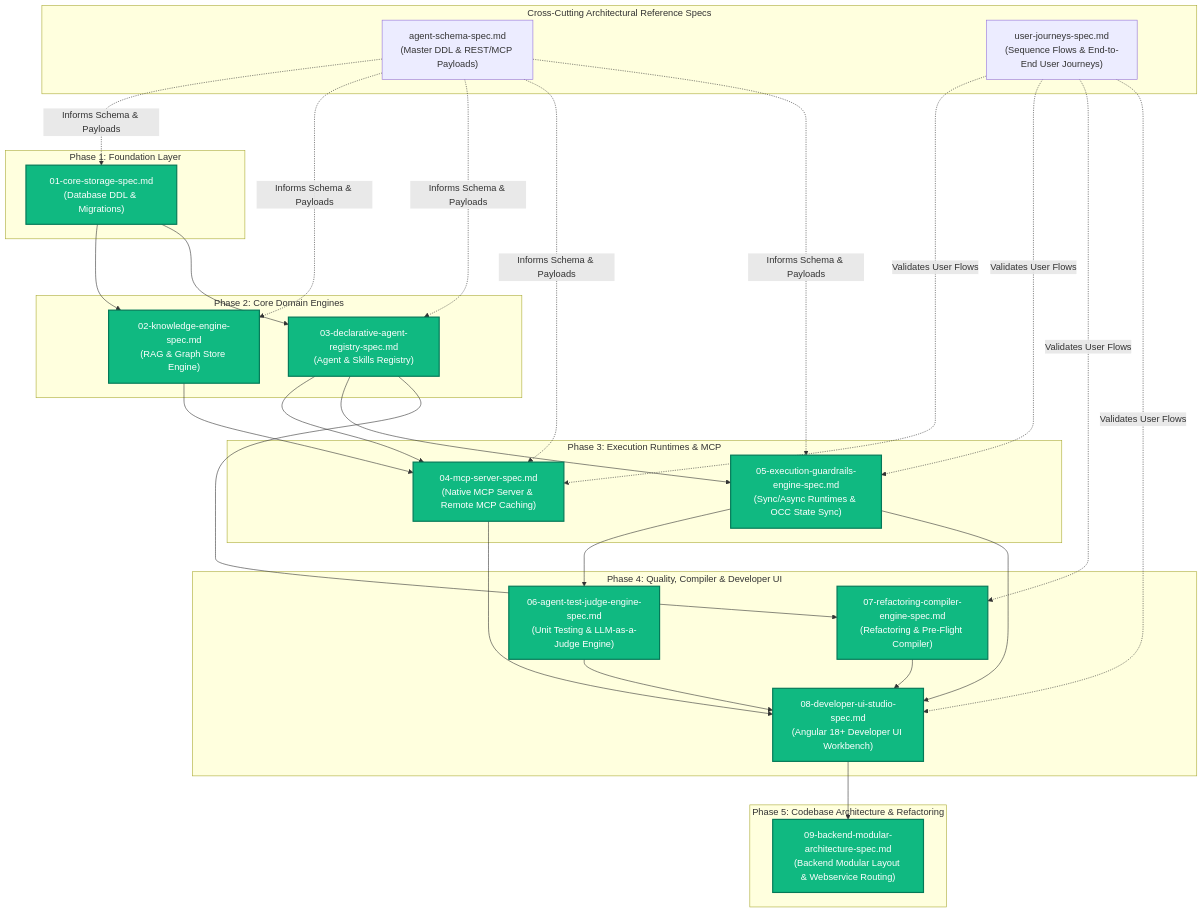
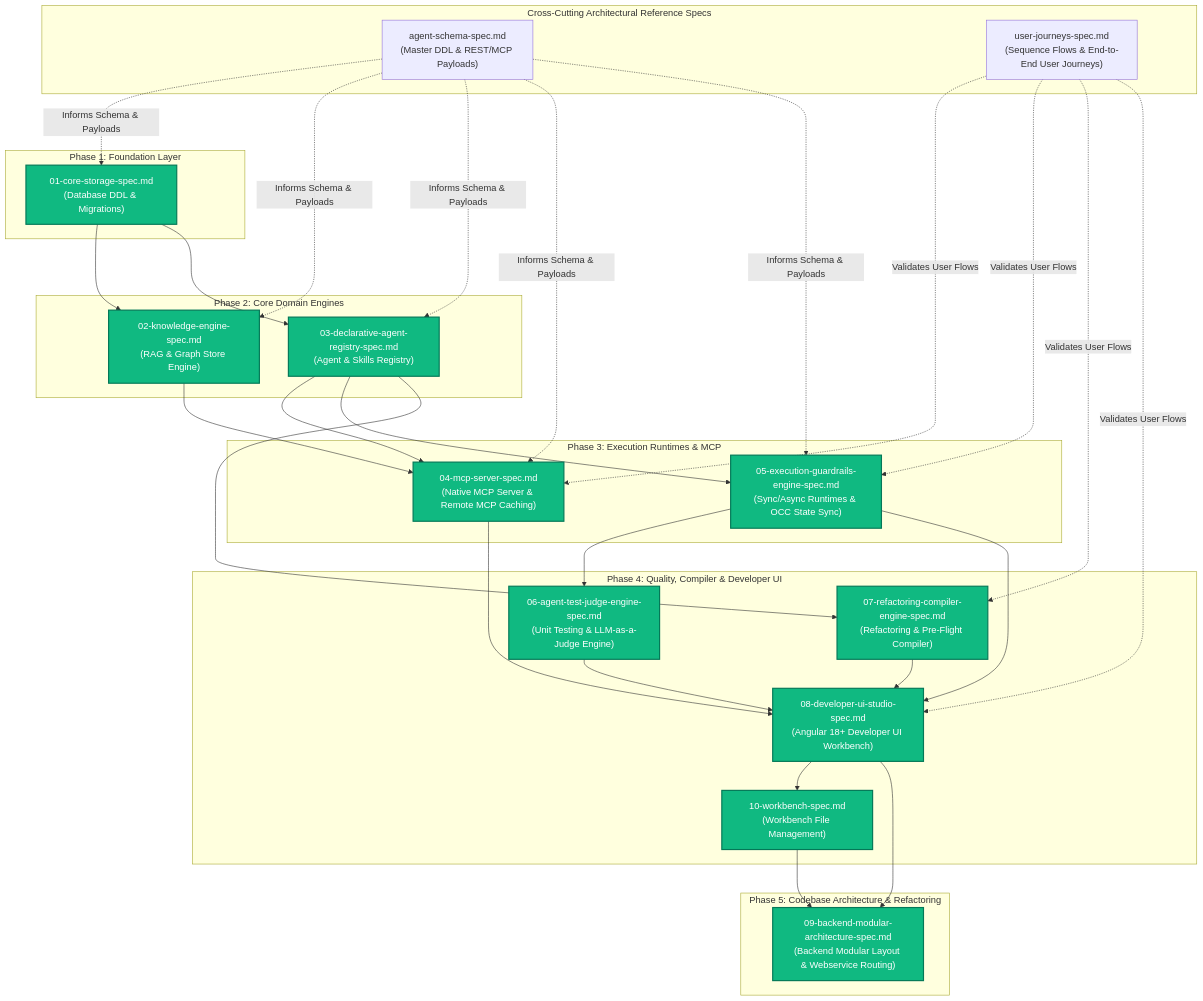
Before and after one commit to PolecatWorks/agent-as-data: the diagram in spec/specs/README.md, drawn with Mermaid. The commit also changed other lines of this file and 4 other files, not shown here.

````diff
--- a/spec/specs/README.md
+++ b/spec/specs/README.md
@@ -17,65 +17,68 @@
 ```mermaid
 flowchart TD
     subgraph CrossCuttingSpecs ["Cross-Cutting Architectural Reference Specs"]
         SchemaSpec["agent-schema-spec.md<br/>(Master DDL & REST/MCP Payloads)"]
         JourneysSpec["user-journeys-spec.md<br/>(Sequence Flows & End-to-End User Journeys)"]
     end
 
     subgraph Phase1 ["Phase 1: Foundation Layer"]
         Spec01["01-core-storage-spec.md<br/>(Database DDL & Migrations)"]:::complete
     end
 
     subgraph Phase2 ["Phase 2: Core Domain Engines"]
         Spec02["02-knowledge-engine-spec.md<br/>(RAG & Graph Store Engine)"]:::complete
         Spec03["03-declarative-agent-registry-spec.md<br/>(Agent & Skills Registry)"]:::complete
     end
 
 
 
     subgraph Phase3 ["Phase 3: Execution Runtimes & MCP"]
         Spec04["04-mcp-server-spec.md<br/>(Native MCP Server & Remote MCP Caching)"]:::complete
         Spec05["05-execution-guardrails-engine-spec.md<br/>(Sync/Async Runtimes & OCC State Sync)"]:::complete
     end
 
 
 
     subgraph Phase4 ["Phase 4: Quality, Compiler & Developer UI"]
         Spec06["06-agent-test-judge-engine-spec.md<br/>(Unit Testing & LLM-as-a-Judge Engine)"]:::complete
         Spec07["07-refactoring-compiler-engine-spec.md<br/>(Refactoring & Pre-Flight Compiler)"]:::complete
         Spec08["08-developer-ui-studio-spec.md<br/>(Angular 18+ Developer UI Workbench)"]:::complete
+        Spec10["10-workbench-spec.md<br/>(Workbench File Management)"]:::complete
     end
 
     subgraph Phase5 ["Phase 5: Codebase Architecture & Refactoring"]
         Spec09["09-backend-modular-architecture-spec.md<br/>(Backend Modular Layout & Webservice Routing)"]:::complete
     end
 
     classDef complete fill:#10B981,stroke:#047857,stroke-width:2px,color:#ffffff;
     classDef draft fill:#3B82F6,stroke:#1D4ED8,stroke-width:2px,color:#ffffff;
 
     SchemaSpec -.->|Informs Schema & Payloads| Spec01
     SchemaSpec -.->|Informs Schema & Payloads| Spec02
     SchemaSpec -.->|Informs Schema & Payloads| Spec03
     SchemaSpec -.->|Informs Schema & Payloads| Spec04
     SchemaSpec -.->|Informs Schema & Payloads| Spec05
 
     JourneysSpec -.->|Validates User Flows| Spec04
     JourneysSpec -.->|Validates User Flows| Spec05
     JourneysSpec -.->|Validates User Flows| Spec07
     JourneysSpec -.->|Validates User Flows| Spec08
 
     Spec01 --> Spec02
     Spec01 --> Spec03
 
     Spec02 --> Spec04
     Spec03 --> Spec04
     Spec03 --> Spec05
 
     Spec05 --> Spec06
     Spec03 --> Spec07
     
     Spec04 --> Spec08
     Spec05 --> Spec08
     Spec06 --> Spec08
     Spec07 --> Spec08
+    Spec08 --> Spec10
     Spec08 --> Spec09
+    Spec10 --> Spec09
 ```
````
